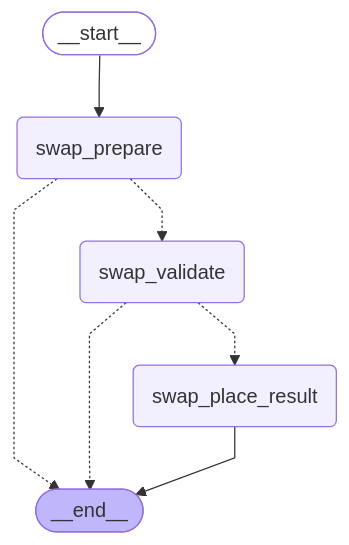
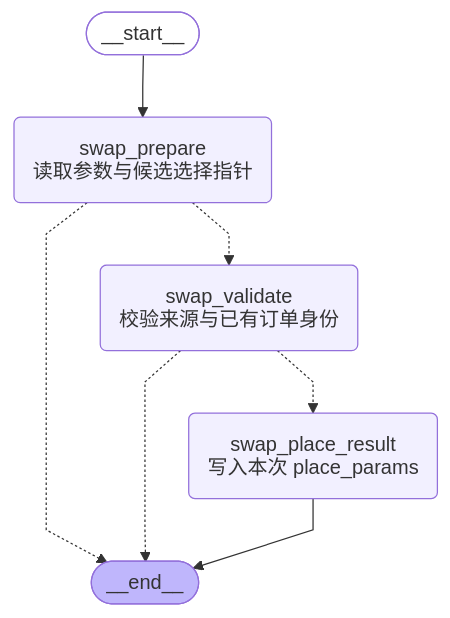
The diagram in docs/architecture/swap-place-flow.md (HXLoong/aigc-langgraph-main), drawn with Mermaid before and after one commit. The commit also changed 17 other files, not shown here.

````diff
--- a/docs/architecture/swap-place-flow.md
+++ b/docs/architecture/swap-place-flow.md
@@ -7,22 +7,22 @@
 ```mermaid
 ---
 config:
   flowchart:
     curve: linear
 ---
 graph TD;
 	__start__([<p>__start__</p>]):::first
-	swap_prepare(swap_prepare)
-	swap_validate(swap_validate)
-	swap_place_result(swap_place_result)
+	swap_prepare(swap_prepare<br/>读取参数与候选选择指针)
+	swap_validate(swap_validate<br/>校验来源与已有订单身份)
+	swap_place_result(swap_place_result<br/>写入本次 place_params)
 	__end__([<p>__end__</p>]):::last
 	__start__ --> swap_prepare;
 	swap_prepare -.-> __end__;
 	swap_prepare -.-> swap_validate;
 	swap_validate -.-> __end__;
 	swap_validate -.-> swap_place_result;
 	swap_place_result --> __end__;
 	classDef default fill:#f2f0ff,line-height:1.2
 	classDef first fill-opacity:0
 	classDef last fill:#bfb6fc
 ```
````
